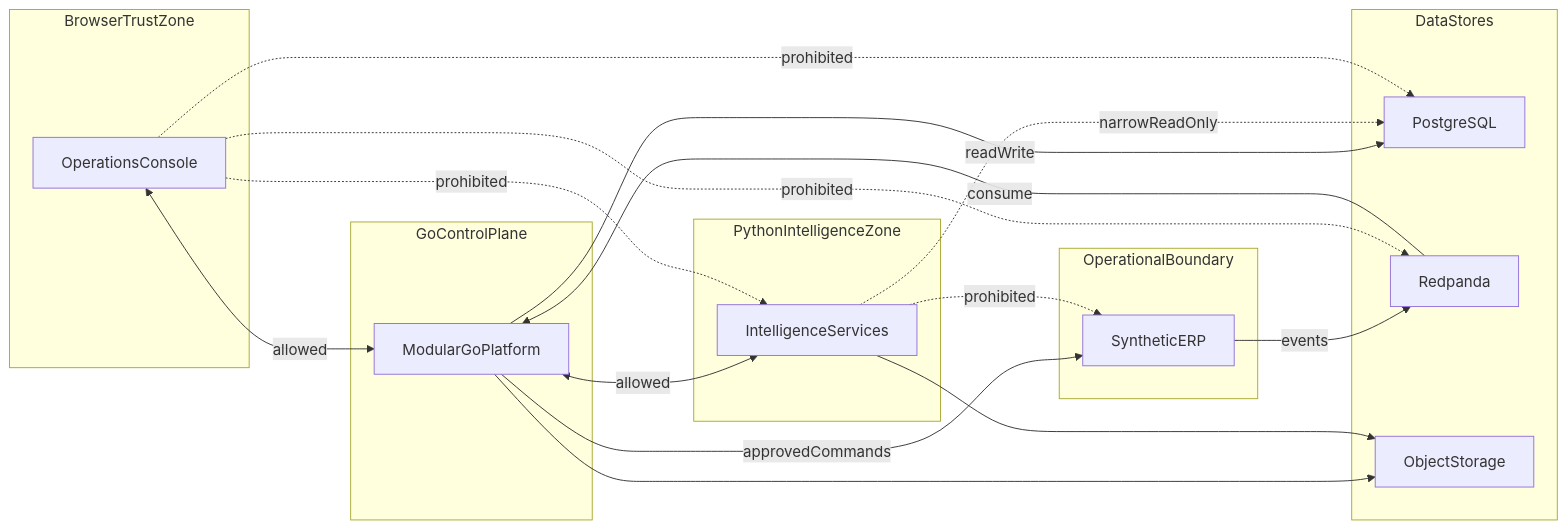
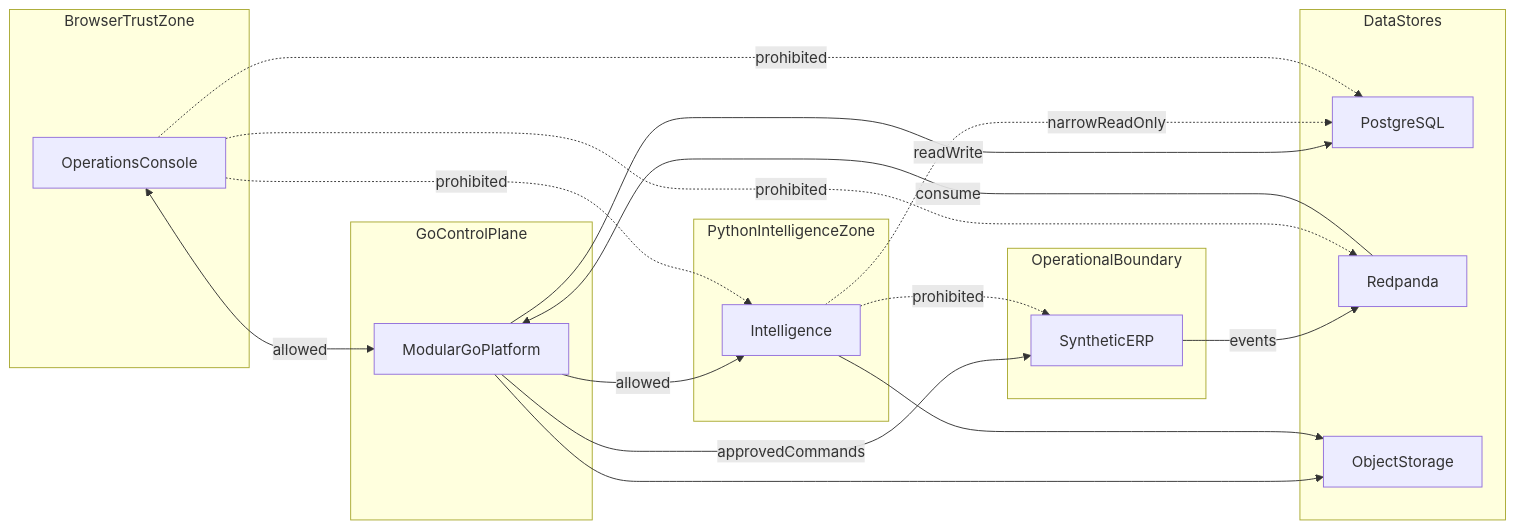
The second of 3 diagrams in ARCHITECTURE.md (G1DO/seshatops), drawn with Mermaid before and after one commit. The commit also changed other lines of this file and 2 other files, not shown here.

First line of the commit message:
docs: fix architecture review findings for Issue #3

````diff
--- a/ARCHITECTURE.md
+++ b/ARCHITECTURE.md
@@ -148,33 +148,33 @@
 ```mermaid
 flowchart LR
   subgraph browserZone [BrowserTrustZone]
     UI[OperationsConsole]
   end
   subgraph goZone [GoControlPlane]
     GO[ModularGoPlatform]
   end
   subgraph pyZone [PythonIntelligenceZone]
-    PY[IntelligenceServices]
+    PY[Intelligence]
   end
   subgraph storeZone [DataStores]
     PG[PostgreSQL]
     BUS[Redpanda]
     OBJ[ObjectStorage]
   end
   subgraph erpZone [OperationalBoundary]
     ERP[SyntheticERP]
   end
   UI <-->|"allowed"| GO
   ERP -->|"events"| BUS
   BUS -->|"consume"| GO
-  GO <-->|"allowed"| PY
+  GO -->|"allowed"| PY
   GO -->|"readWrite"| PG
   PY -.->|"narrowReadOnly"| PG
   GO --> OBJ
   PY --> OBJ
   GO -->|"approvedCommands"| ERP
   UI -.->|"prohibited"| PY
   UI -.->|"prohibited"| PG
   UI -.->|"prohibited"| BUS
   PY -.->|"prohibited"| ERP
 ```
````
